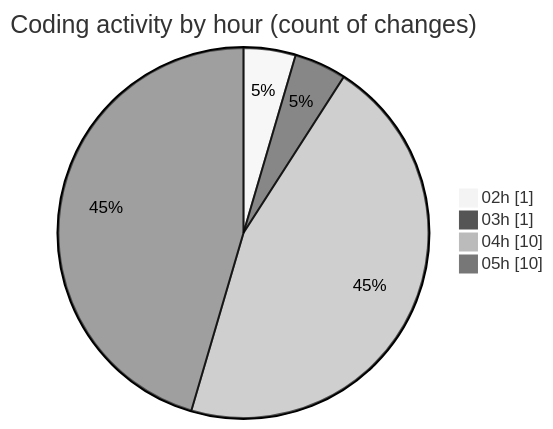
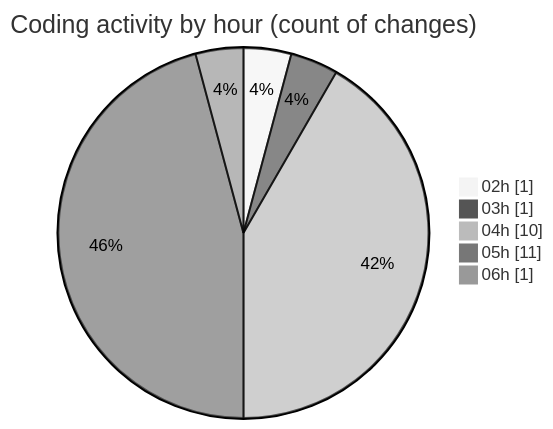
One commit to julien-gomy/code-tracking changed the second of 2 diagrams in 2025-10-31/cdp_aleoudev_fr__workspace_/README.md. Above: the diagram before and after it, drawn with Mermaid (neutral theme). The commit also changed other lines of this file and 1 other file, not shown here.

````diff
--- a/2025-10-31/cdp_aleoudev_fr__workspace_/README.md
+++ b/2025-10-31/cdp_aleoudev_fr__workspace_/README.md
@@ -29,8 +29,9 @@
 ```mermaid
 pie showData
 title Coding activity by hour (count of changes)
 "02h" : 1
 "03h" : 1
 "04h" : 10
-"05h" : 10
+"05h" : 11
+"06h" : 1
 ```
````
